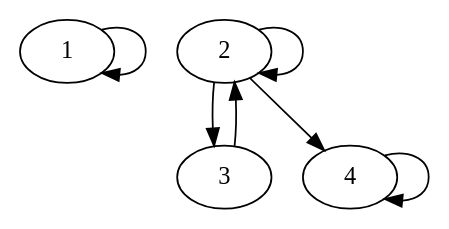
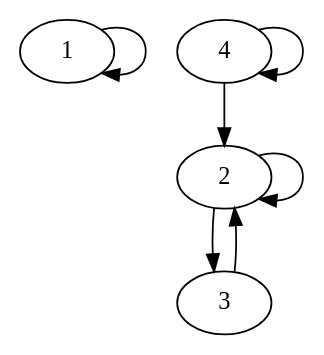
One commit to braindeadLeee/Discrete_Mathematics changed the diagram in 2_RELATIONS/multig.dot. Above: the diagram before and after it, drawn with Graphviz. The commit also changed 2 other files, not shown here.

```diff
--- a/2_RELATIONS/multig.dot
+++ b/2_RELATIONS/multig.dot
@@ -1,12 +1,12 @@
 digraph  {
 1;
 2;
 3;
 4;
 1 -> 1  [key=0];
 2 -> 2  [key=0];
 2 -> 3  [key=0];
-2 -> 4  [key=0];
 3 -> 2  [key=0];
+4 -> 2  [key=0];
 4 -> 4  [key=0];
 }
```
